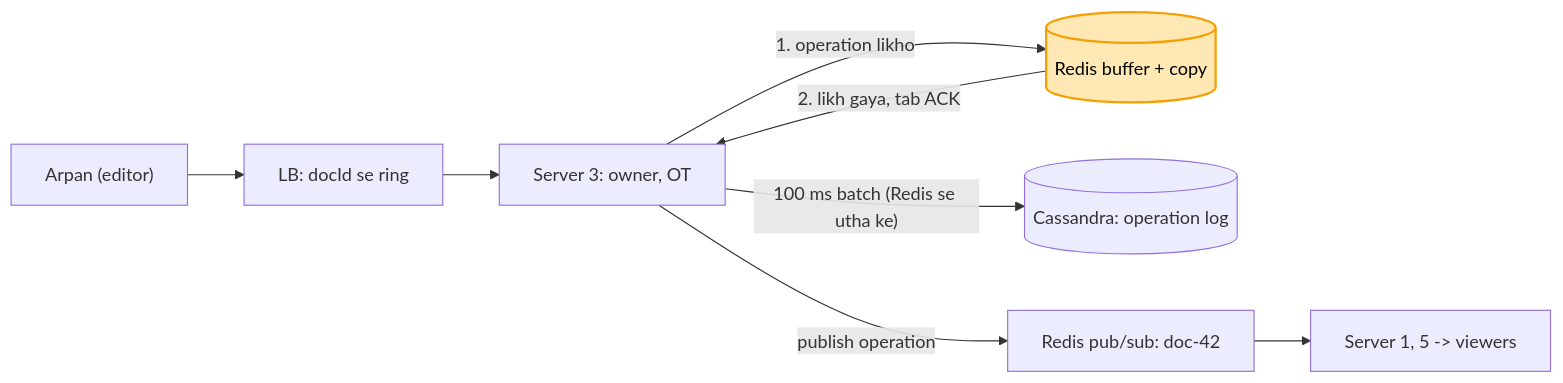
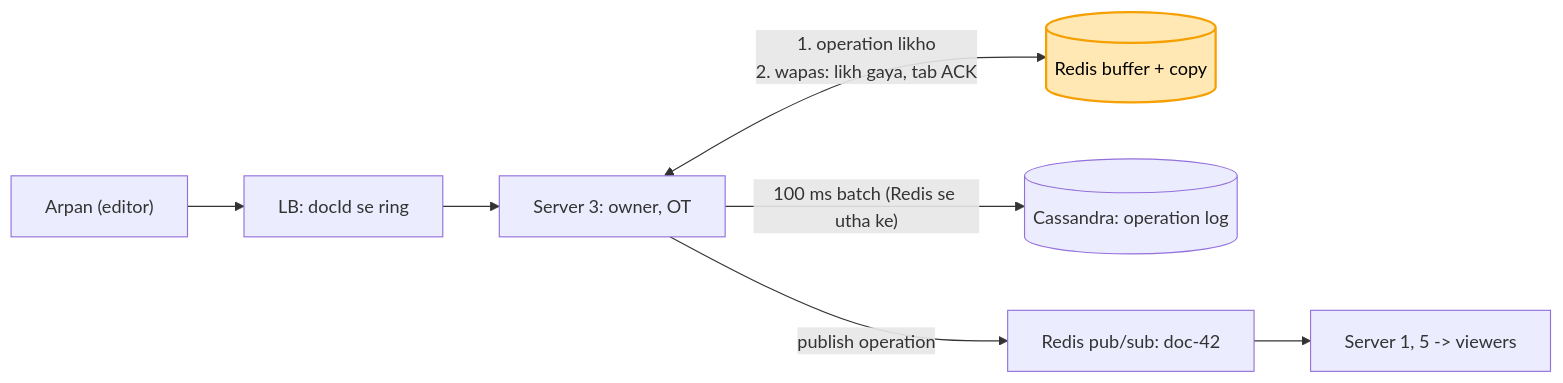
Before and after one commit to ArpanMaheshwari144/Prep: the eighth of 9 diagrams in 04_HLD/SYSTEM_DESIGNS/11_google_docs_collab/11_google_docs_collab.md, drawn with Mermaid. The commit also changed 7 other files, not shown here.

Commit message:
HLD diagram: 13 jagah do dabbon ke beech do teer the (label dabbe pe chadhta) -> ek teer, jaata / wapas do line

````diff
--- a/04_HLD/SYSTEM_DESIGNS/11_google_docs_collab/11_google_docs_collab.md
+++ b/04_HLD/SYSTEM_DESIGNS/11_google_docs_collab/11_google_docs_collab.md
@@ -298,11 +298,10 @@
 ```mermaid
 flowchart LR
     A["Arpan (editor)"] --> LB["LB: docId se ring"]
     LB --> S3["Server 3: owner, OT"]
-    S3 -- "1. operation likho" --> B[("Redis buffer + copy")]
-    B -- "2. likh gaya, tab ACK" --> S3
+    S3 <-->|"1. operation likho<br/>2. wapas: likh gaya, tab ACK"| B[("Redis buffer + copy")]
     S3 -- "100 ms batch (Redis se utha ke)" --> C[("Cassandra: operation log")]
     S3 -- "publish operation" --> P["Redis pub/sub: doc-42"]
     P --> V["Server 1, 5 -> viewers"]
     style B fill:#ffe8b3,stroke:#f59f00,stroke-width:2px,color:#000
 ```
````
